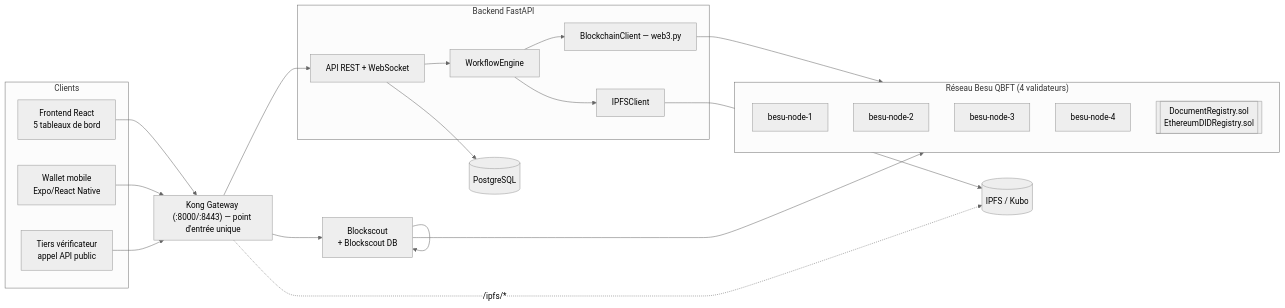
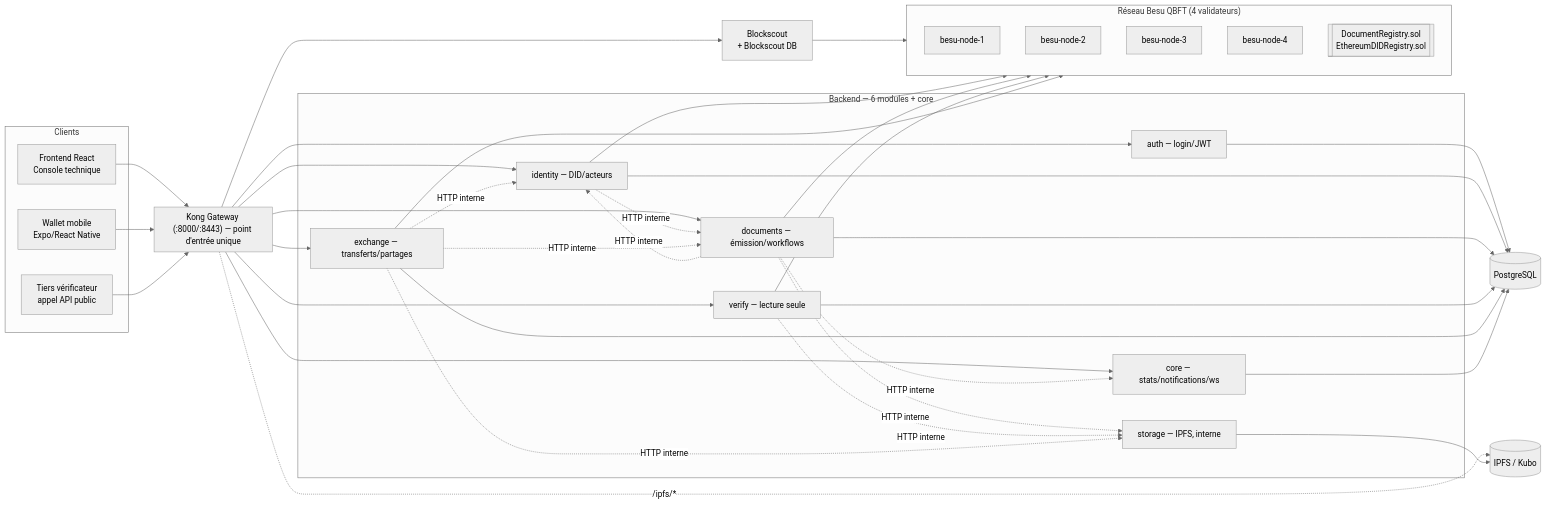
Before and after one commit to diawba94-git/trust-platform-mvp: the first of 4 diagrams in docs/02-ARCHITECTURE.md, drawn with Mermaid (neutral theme). The commit also changed other lines of this file and 289 other files, not shown here.

````diff
--- a/docs/02-ARCHITECTURE.md
+++ b/docs/02-ARCHITECTURE.md
@@ -15,46 +16,51 @@
 ```mermaid
 flowchart LR
     subgraph Clients
-        WEB[Frontend React<br/>5 tableaux de bord]
+        WEB[Frontend React<br/>Console technique]
         MOB[Wallet mobile<br/>Expo/React Native]
         EXT[Tiers vérificateur<br/>appel API public]
     end
 
     subgraph Kong["Kong Gateway (:8000/:8443) — point d'entrée unique"]
     end
 
-    subgraph Backend["Backend FastAPI"]
-        API[API REST + WebSocket]
-        WF[WorkflowEngine]
-        BC[BlockchainClient — web3.py]
-        IPFSC[IPFSClient]
+    subgraph BE["Backend — 6 modules + core"]
+        AUTH[auth — login/JWT]
+        ID[identity — DID/acteurs]
+        DOC[documents — émission/workflows]
+        VER[verify — lecture seule]
+        STO[storage — IPFS, interne]
+        EXC[exchange — transferts/partages]
+        CORE[core — stats/notifications/ws]
     end
 
     PG[(PostgreSQL)]
     IPFS[(IPFS / Kubo)]
     BSC[Blockscout<br/>+ Blockscout DB]
 
     subgraph Besu["Réseau Besu QBFT (4 validateurs)"]
         N1[besu-node-1]
         N2[besu-node-2]
         N3[besu-node-3]
         N4[besu-node-4]
         SC[[DocumentRegistry.sol<br/>EthereumDIDRegistry.sol]]
     end
 
     WEB --> Kong
     MOB --> Kong
     EXT --> Kong
-    Kong --> API
+    Kong --> AUTH & ID & DOC & VER & EXC & CORE
     Kong --> BSC
     Kong -.->|/ipfs/*| IPFS
 
-    API --> WF
-    WF --> BC
-    WF --> IPFSC
-    API --> PG
-    BC --> Besu
-    IPFSC --> IPFS
+    ID -.->|HTTP interne| DOC
+    DOC -.->|HTTP interne| ID
+    EXC -.->|HTTP interne| DOC & ID
+    DOC & VER & EXC -.->|HTTP interne| STO
+    DOC -.->|HTTP interne| CORE
+
+    AUTH & ID & DOC & VER & EXC & CORE --> PG
+    STO --> IPFS
+    ID & DOC & VER & EXC --> Besu
     BSC --> Besu
-    BSC --> BSC
 ```
````
